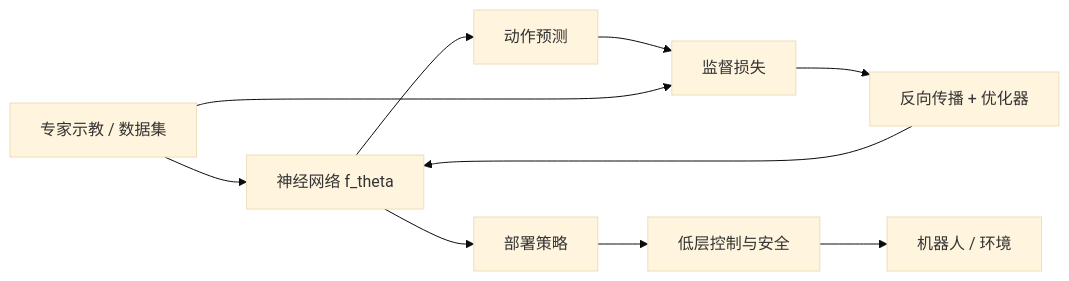
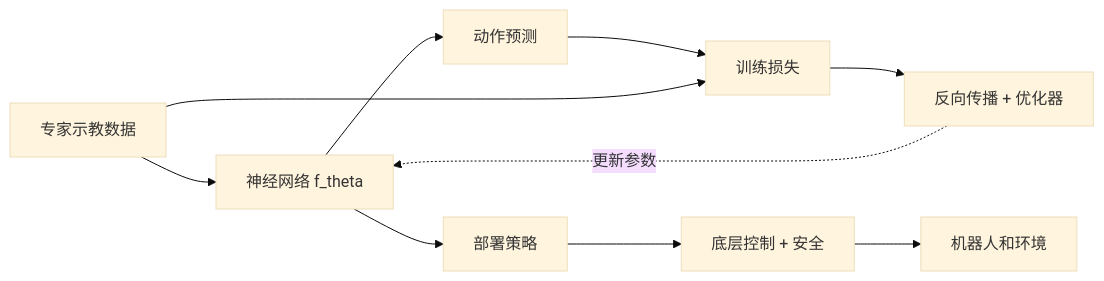
One commit to zengxiong111/Foundation_of_Embodied_AI changed the first of 4 diagrams in md/Deep_Learning_Foundations_ZH.md. Above: the diagram before and after it, drawn with Mermaid (base theme). The commit also changed other lines of this file and 10 other files, not shown here.

````diff
--- a/md/Deep_Learning_Foundations_ZH.md
+++ b/md/Deep_Learning_Foundations_ZH.md
@@ -62,12 +53,12 @@
 ```mermaid
 flowchart LR
-    D[专家示教 / 数据集] --> L[神经网络 f_theta]
-    L --> P[动作预测]
-    P --> E[监督损失]
-    D --> E
-    E --> G[反向传播 + 优化器]
-    G --> L
-    L --> R[部署策略]
-    R --> C[低层控制与安全]
-    C --> B[机器人 / 环境]
+    D[专家示教数据] --> M[神经网络 f_theta]
+    M --> A[动作预测]
+    A --> L[训练损失]
+    D --> L
+    L --> G[反向传播 + 优化器]
+    G -.更新参数.-> M
+    M --> P[部署策略]
+    P --> C[底层控制 + 安全]
+    C --> R[机器人和环境]
 ```
````
